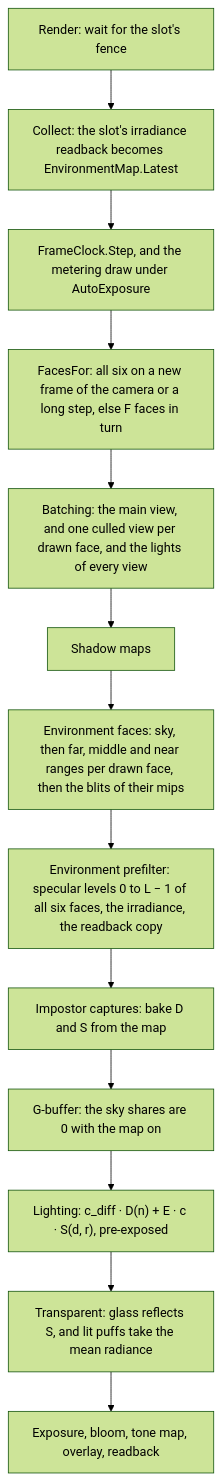
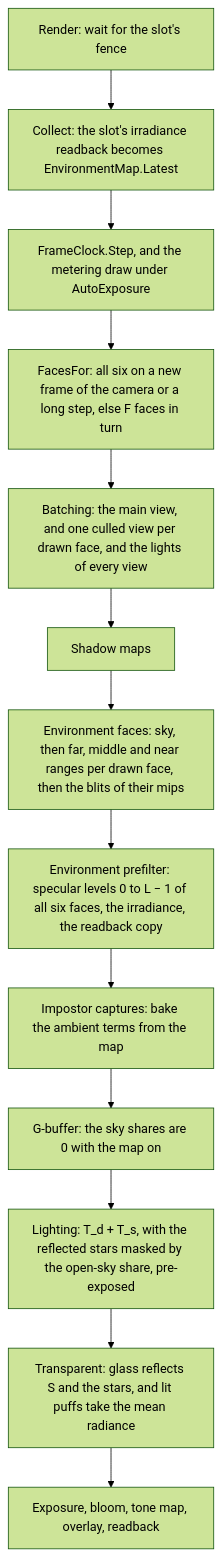
The diagram in docs/plans/environment-map.md (alexispurslane/tertius), drawn with Mermaid (forest theme) before and after one commit. The commit also changed other lines of this file, not shown here.

````diff
--- a/docs/plans/environment-map.md
+++ b/docs/plans/environment-map.md
@@ -507,15 +690,15 @@
 ```mermaid
 flowchart TD
     W["Render: wait for the slot's fence"] --> C["Collect: the slot's irradiance readback becomes EnvironmentMap.Latest"]
     C --> K["FrameClock.Step, and the metering draw under AutoExposure"]
     K --> F["FacesFor: all six on a new frame of the camera or a long step, else F faces in turn"]
     F --> B["Batching: the main view, and one culled view per drawn face, and the lights of every view"]
     B --> S["Shadow maps"]
     S --> EF["Environment faces: sky, then far, middle and near ranges per drawn face, then the blits of their mips"]
     EF --> EP["Environment prefilter: specular levels 0 to L − 1 of all six faces, the irradiance, the readback copy"]
-    EP --> IC["Impostor captures: bake D and S from the map"]
+    EP --> IC["Impostor captures: bake the ambient terms from the map"]
     IC --> G["G-buffer: the sky shares are 0 with the map on"]
-    G --> L["Lighting: c_diff · D(n) + E · c · S(d, r), pre-exposed"]
-    L --> T["Transparent: glass reflects S, and lit puffs take the mean radiance"]
+    G --> L["Lighting: T_d + T_s, with the reflected stars masked by the open-sky share, pre-exposed"]
+    L --> T["Transparent: glass reflects S and the stars, and lit puffs take the mean radiance"]
     T --> R["Exposure, bloom, tone map, overlay, readback"]
 ```
````
